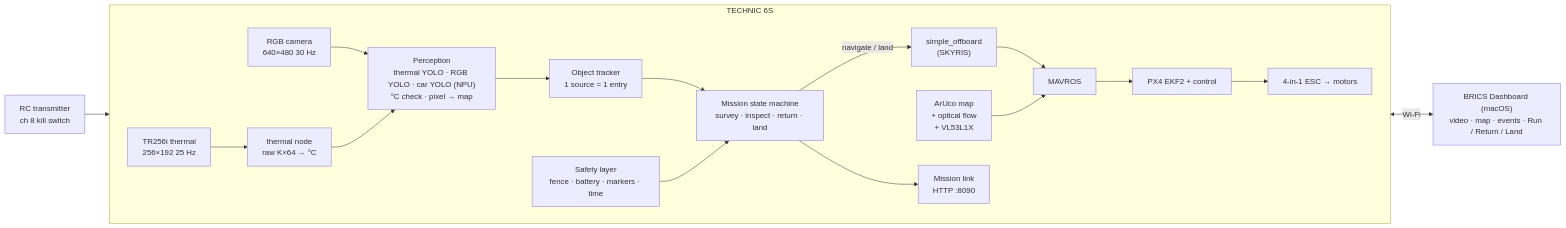
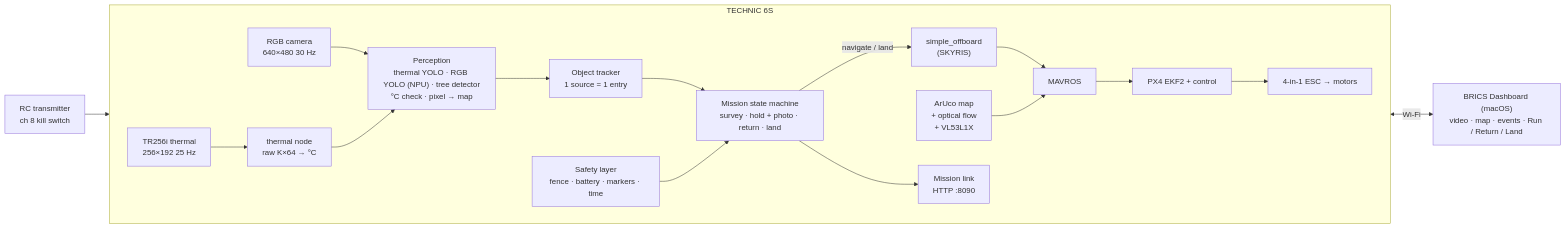
The diagram in Module_A/docs/01_Technical_Description.md (kkjjkamal123/BRICS-HiTech-2026-Flying-Robotics), drawn with Mermaid before and after one commit. The commit also changed other lines of this file and 10 other files, not shown here.

Commit message:
Update documentation for the new layout, tree detection and photo-only inspection

````diff
--- a/Module_A/docs/01_Technical_Description.md
+++ b/Module_A/docs/01_Technical_Description.md
@@ -28,17 +28,17 @@
 ```mermaid
 flowchart LR
   subgraph UAV["TECHNIC 6S"]
     direction LR
     CAM["RGB camera\n640×480 30 Hz"] --> PER
     TH["TR256i thermal\n256×192 25 Hz"] --> TN["thermal node\nraw K×64 → °C"] --> PER
-    PER["Perception\nthermal YOLO · RGB YOLO · car YOLO (NPU)\n°C check · pixel → map"] --> TRK["Object tracker\n1 source = 1 entry"]
-    TRK --> MIS["Mission state machine\nsurvey · inspect · return · land"]
+    PER["Perception\nthermal YOLO · RGB YOLO (NPU) · tree detector\n°C check · pixel → map"] --> TRK["Object tracker\n1 source = 1 entry"]
+    TRK --> MIS["Mission state machine\nsurvey · hold + photo · return · land"]
     MIS -->|"navigate / land"| OFF["simple_offboard\n(SKYRIS)"] --> MAV["MAVROS"] --> PX4["PX4 EKF2 + control"]
     AR["ArUco map\n+ optical flow\n+ VL53L1X"] --> MAV
     SAF["Safety layer\nfence · battery · markers · time"] --> MIS
     PX4 --> ESC["4-in-1 ESC → motors"]
     MIS --> LINK["Mission link\nHTTP :8090"]
   end
   LINK <-->|"Wi-Fi"| GS["BRICS Dashboard (macOS)\nvideo · map · events · Run / Return / Land"]
   RC["RC transmitter\nch 8 kill switch"] --> PX4
 ```
````
